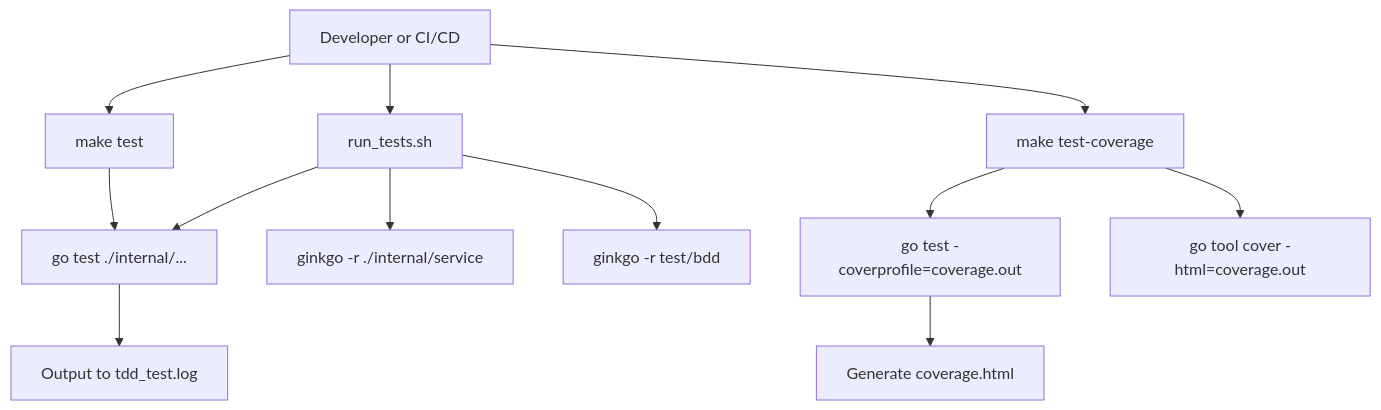
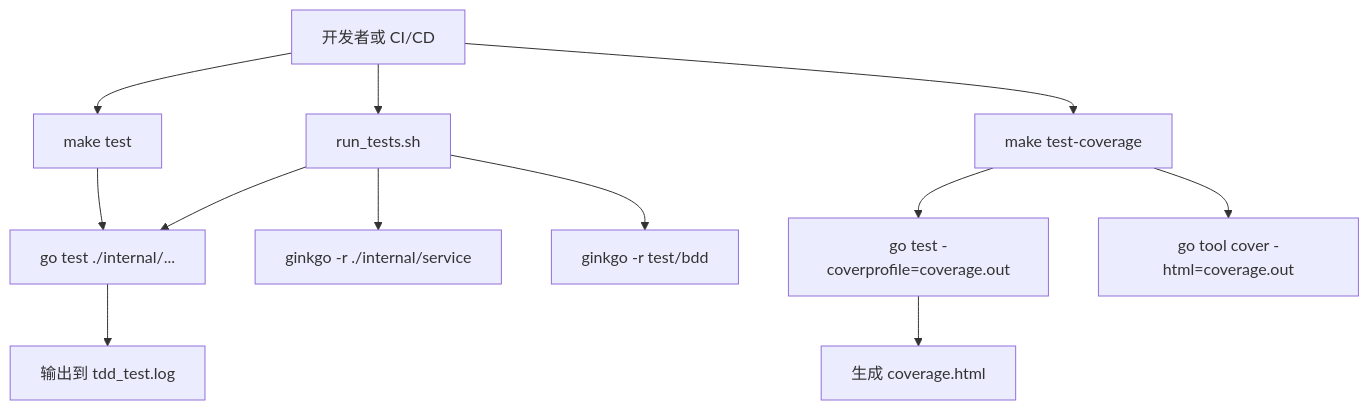
One commit to 26huitailang/kratos-boilerplate changed the fourth of 4 diagrams in .qoder/repowiki/zh/content/Testing Strategy/Testing Strategy.md. Above: the diagram before and after it, drawn with Mermaid. The commit also changed other lines of this file and 31 other files, not shown here.

````diff
--- a/.qoder/repowiki/zh/content/Testing Strategy/Testing Strategy.md
+++ b/.qoder/repowiki/zh/content/Testing Strategy/Testing Strategy.md
@@ -158,14 +221,14 @@
 ```mermaid
 graph TD
-User[Developer or CI/CD] --> RunTests["run_tests.sh"]
+User[开发者或 CI/CD] --> RunTests["run_tests.sh"]
 User --> MakeTest["make test"]
 User --> MakeCoverage["make test-coverage"]
 RunTests --> GoTest["go test ./internal/..."]
 RunTests --> GinkgoService["ginkgo -r ./internal/service"]
 RunTests --> GinkgoBDD["ginkgo -r test/bdd"]
 MakeTest --> GoTest
 MakeCoverage --> GoTestCoverage["go test -coverprofile=coverage.out"]
 MakeCoverage --> GoCover["go tool cover -html=coverage.out"]
-GoTest --> Log["Output to tdd_test.log"]
-GoTestCoverage --> Report["Generate coverage.html"]
+GoTest --> Log["输出到 tdd_test.log"]
+GoTestCoverage --> Report["生成 coverage.html"]
 ```
````
